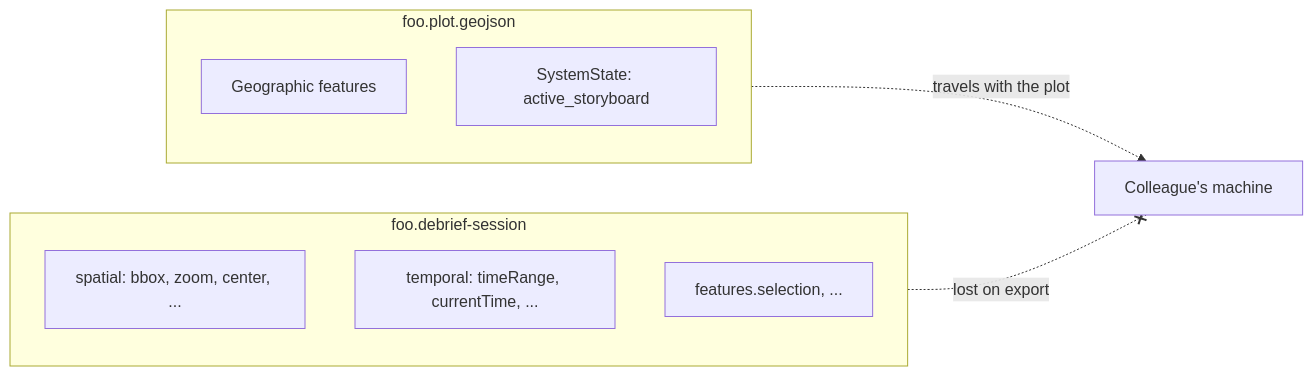
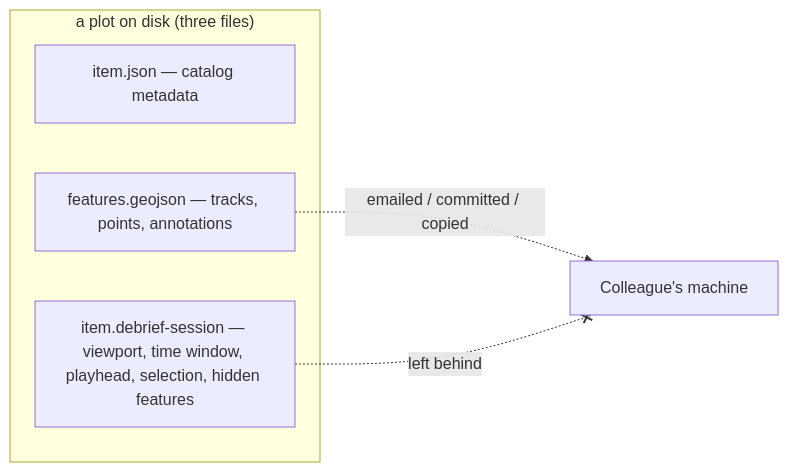
One commit to debrief/debrief-future changed the first of 2 diagrams in specs/261-session-state-systemstate/evidence/opening-context.md. Above: the diagram before and after it, drawn with Mermaid. The commit also changed other lines of this file and 8 other files, not shown here.

````diff
--- a/specs/261-session-state-systemstate/evidence/opening-context.md
+++ b/specs/261-session-state-systemstate/evidence/opening-context.md
@@ -17,14 +17,10 @@
 ```mermaid
 flowchart LR
-  subgraph Plot["foo.plot.geojson"]
-    Features["Geographic features"]
-    SS_AS["SystemState: active_storyboard"]
+  subgraph PlotDir["a plot on disk (three files)"]
+    Item["item.json — catalog metadata"]
+    Features["features.geojson — tracks, points, annotations"]
+    Sidecar["item.debrief-session — viewport, time window, playhead, selection, hidden features"]
   end
-  subgraph Sidecar["foo.debrief-session"]
-    Spatial["spatial: bbox, zoom, center, ..."]
-    Temporal["temporal: timeRange, currentTime, ..."]
-    Selection["features.selection, ..."]
-  end
-  Plot -. travels with the plot .-> Colleague1["Colleague's machine"]
-  Sidecar -. lost on export .-x Colleague1
+  Features -. emailed / committed / copied .-> Colleague["Colleague's machine"]
+  Sidecar -. left behind .-x Colleague
 ```
````
